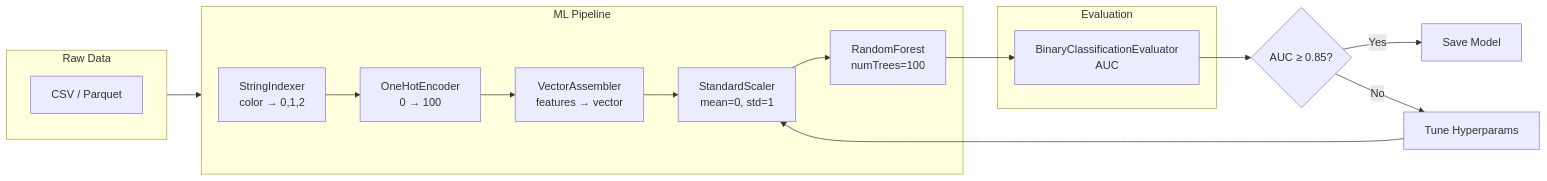
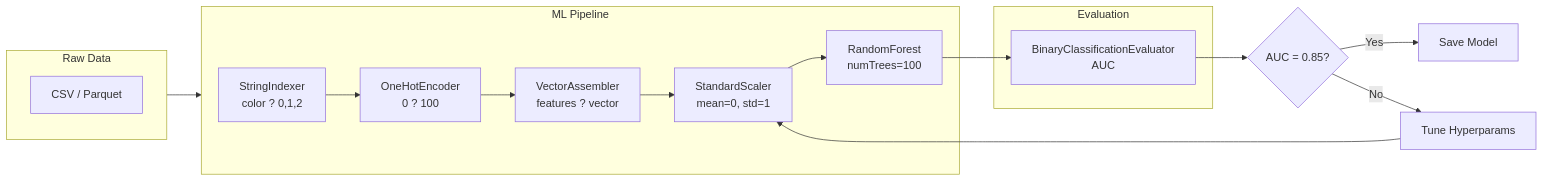
The third of 3 diagrams in docs/courses/big-data/04-spark-mllib.md (Raushan666java/ai-engineering-journey), drawn with Mermaid before and after one commit. The commit also changed other lines of this file and 790 other files, not shown here.

Commit message:
Sync all course diagram renders and content updates

````diff
--- a/docs/courses/big-data/04-spark-mllib.md
+++ b/docs/courses/big-data/04-spark-mllib.md
@@ -502,21 +502,21 @@
 ```mermaid
 flowchart LR
     subgraph Raw["Raw Data"]
         R[CSV / Parquet]
     end
     subgraph Pipeline["ML Pipeline"]
-        A[StringIndexer<br>color → 0,1,2] --> B[OneHotEncoder<br>0 → 100]
-        B --> C[VectorAssembler<br>features → vector]
+        A[StringIndexer<br>color ? 0,1,2] --> B[OneHotEncoder<br>0 ? 100]
+        B --> C[VectorAssembler<br>features ? vector]
         C --> D[StandardScaler<br>mean=0, std=1]
         D --> E[RandomForest<br>numTrees=100]
     end
     subgraph Eval["Evaluation"]
         F[BinaryClassificationEvaluator<br>AUC]
     end
     Raw --> Pipeline
     E --> F
-    F --> G{AUC ≥ 0.85?}
+    F --> G{AUC = 0.85?}
     G -->|Yes| H[Save Model]
     G -->|No| I[Tune Hyperparams]
     I --> D
 ```
````
